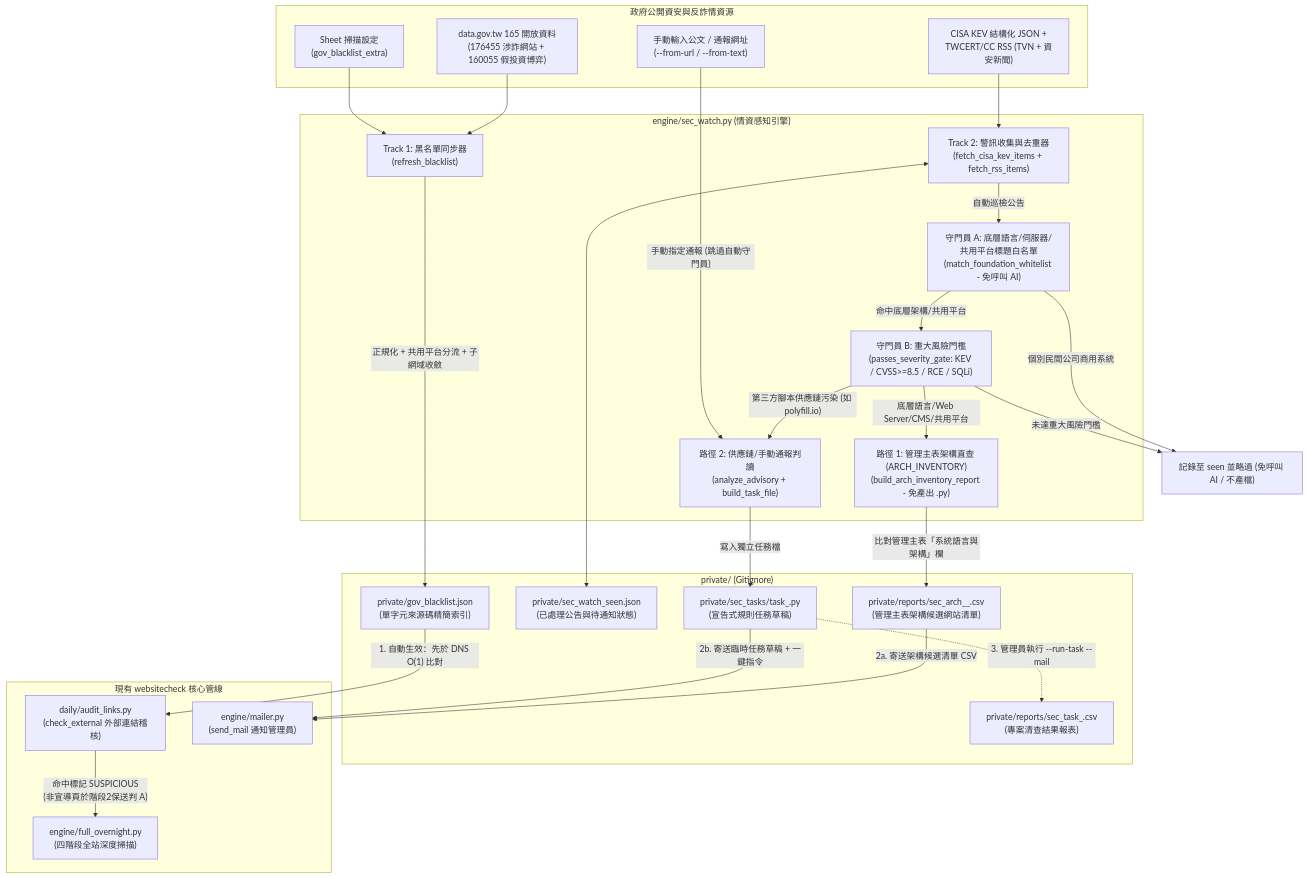
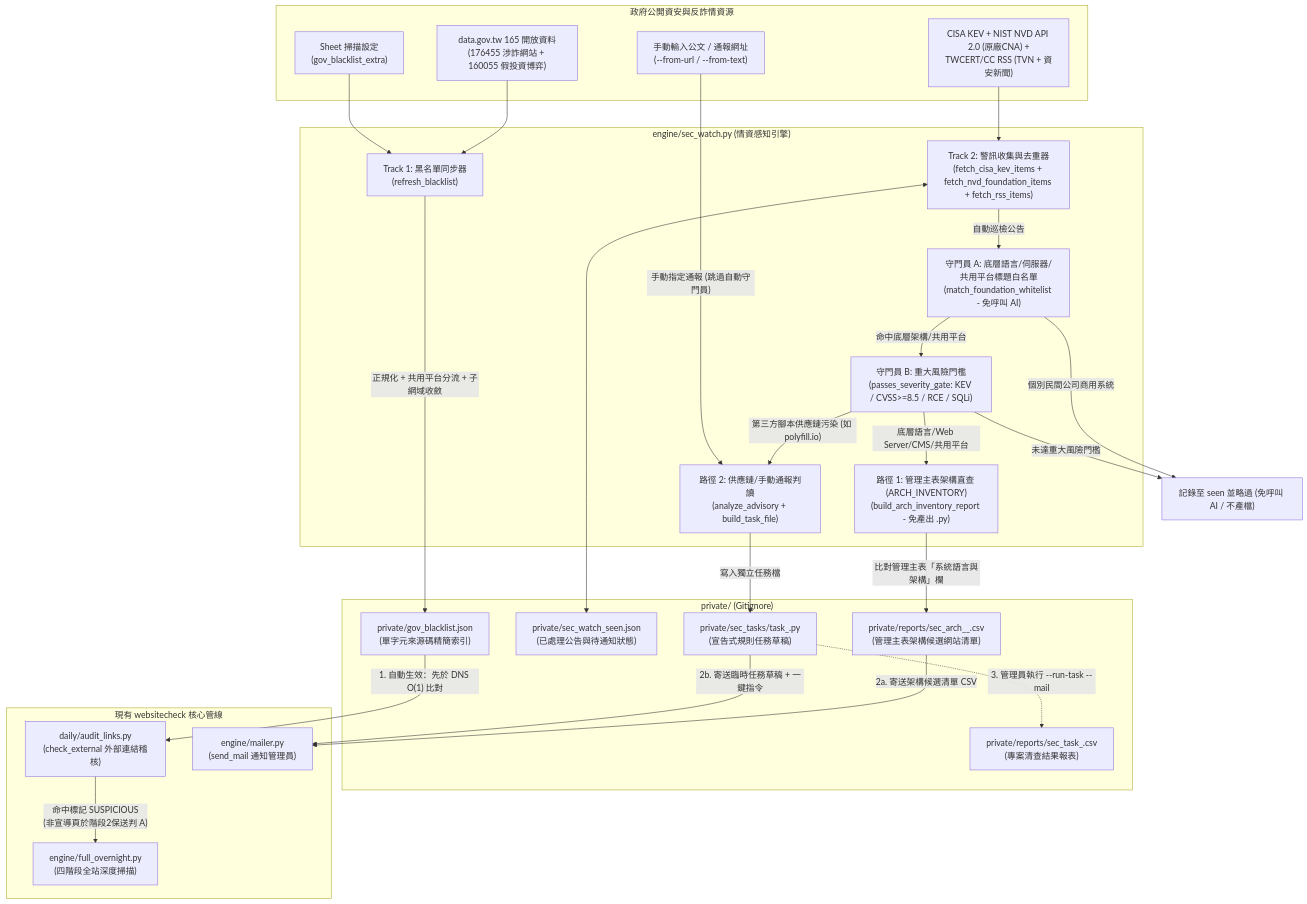
The first of 2 diagrams in docs/SEC_INTEL_DESIGN.md (acebd12345/websitecheck), drawn with Mermaid before and after one commit. The commit also changed other lines of this file and 3 other files, not shown here.

Commit message:
feat(sec_watch): add NIST NVD API 2.0 upstream CNA feed and fix Apache/CVSS4 gates

````diff
--- a/docs/SEC_INTEL_DESIGN.md
+++ b/docs/SEC_INTEL_DESIGN.md
@@ -24,53 +24,53 @@
 ```mermaid
 flowchart TD
     subgraph Sources["政府公開資安與反詐情資源"]
         S1["data.gov.tw 165 開放資料<br/>(176455 涉詐網站 + 160055 假投資博弈)"]
         S2["Sheet 掃描設定<br/>(gov_blacklist_extra)"]
-        S3["CISA KEV 結構化 JSON +<br/>TWCERT/CC RSS (TVN + 資安新聞)"]
+        S3["CISA KEV + NIST NVD API 2.0 (原廠CNA) +<br/>TWCERT/CC RSS (TVN + 資安新聞)"]
         S4["手動輸入公文 / 通報網址<br/>(--from-url / --from-text)"]
     end
 
     subgraph Engine["engine/sec_watch.py (情資感知引擎)"]
         F1["Track 1: 黑名單同步器<br/>(refresh_blacklist)"]
-        F2["Track 2: 警訊收集與去重器<br/>(fetch_cisa_kev_items + fetch_rss_items)"]
+        F2["Track 2: 警訊收集與去重器<br/>(fetch_cisa_kev_items + fetch_nvd_foundation_items + fetch_rss_items)"]
         GA["守門員 A: 底層語言/伺服器/共用平台標題白名單<br/>(match_foundation_whitelist - 免呼叫 AI)"]
         GB["守門員 B: 重大風險門檻<br/>(passes_severity_gate: KEV / CVSS>=8.5 / RCE / SQLi)"]
         ARCH["路徑 1: 管理主表架構直查 (ARCH_INVENTORY)<br/>(build_arch_inventory_report - 免產出 .py)"]
         AI["路徑 2: 供應鏈/手動通報判讀<br/>(analyze_advisory + build_task_file)"]
     end
 
     subgraph Storage["private/ (Gitignore)"]
         BL["private/gov_blacklist.json<br/>(單字元來源碼精簡索引)"]
         SEEN["private/sec_watch_seen.json<br/>(已處理公告與待通知狀態)"]
         ARCH_CSV["private/reports/sec_arch_<date>_<tech>.csv<br/>(管理主表架構候選網站清單)"]
         TASK["private/sec_tasks/task_<id>.py<br/>(宣告式規則任務草稿)"]
         RPT["private/reports/sec_task_<id>.csv<br/>(專案清查結果報表)"]
     end
 
     subgraph Runtime["現有 websitecheck 核心管線"]
         AL["daily/audit_links.py<br/>(check_external 外部連結稽核)"]
         FO["engine/full_overnight.py<br/>(四階段全站深度掃描)"]
         ML["engine/mailer.py<br/>(send_mail 通知管理員)"]
     end
 
     S1 & S2 --> F1
     F1 -->|"正規化 + 共用平台分流 + 子網域收斂"| BL
     BL -->|"1. 自動生效：先於 DNS O(1) 比對"| AL
     AL -->|"命中標記 SUSPICIOUS<br/>(非宣導頁於階段2保送判 A)"| FO
 
     S3 --> F2
     F2 <--> SEEN
     F2 -->|"自動巡檢公告"| GA
     GA -->|"個別民間公司商用系統"| IGN["記錄至 seen 並略過 (免呼叫 AI / 不產檔)"]
     GA -->|"命中底層架構/共用平台"| GB
     GB -->|"未達重大風險門檻"| IGN
     GB -->|"底層語言/Web Server/CMS/共用平台"| ARCH
     ARCH -->|"比對管理主表「系統語言與架構」欄"| ARCH_CSV
     ARCH_CSV -->|"2a. 寄送架構候選清單 CSV"| ML
 
     GB -->|"第三方腳本供應鏈污染 (如 polyfill.io)"| AI
     S4 -->|"手動指定通報 (跳過自動守門員)"| AI
     AI -->|"寫入獨立任務檔"| TASK
     TASK -->|"2b. 寄送臨時任務草稿 + 一鍵指令"| ML
     TASK -.->|"3. 管理員執行 --run-task --mail"| RPT
 ```
````
